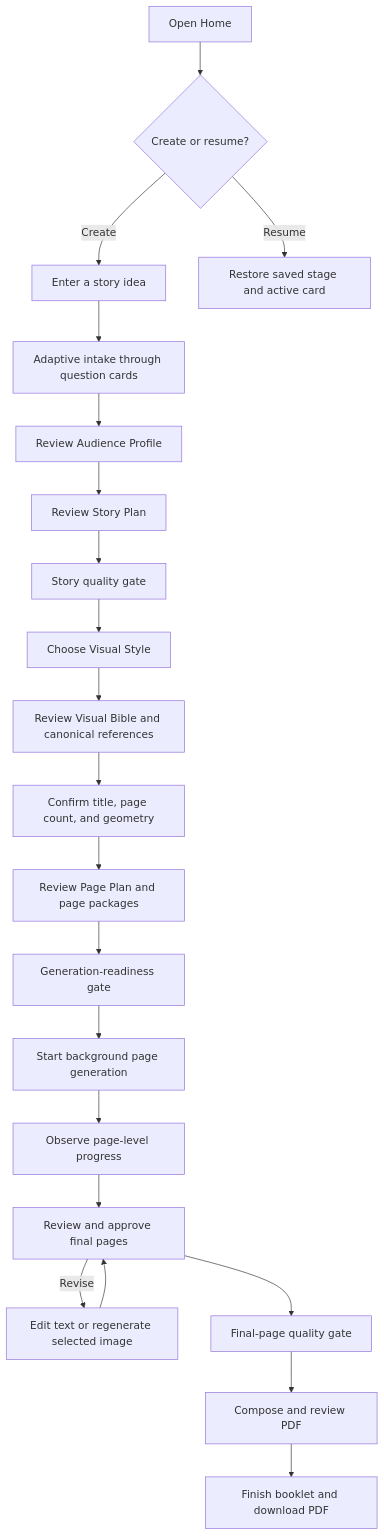
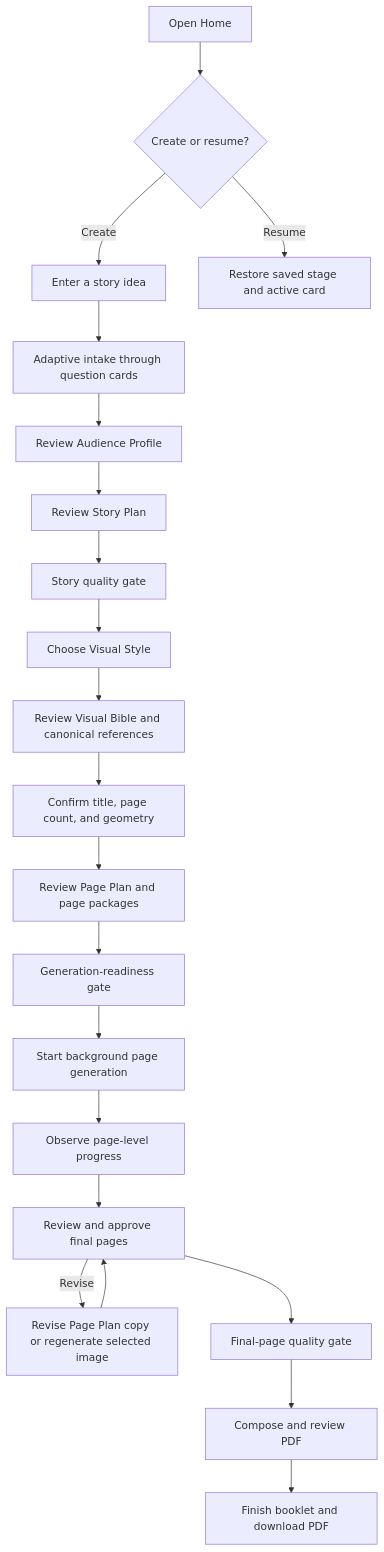
One commit to karpishe-experiments/agentic-poc changed the first of 3 diagrams in docs/accepted/2026-08-01_end-to-end-poc/kids-comic-poc-prd.md. Above: the diagram before and after it, drawn with Mermaid. The commit also changed other lines of this file and 34 other files, not shown here.

````diff
--- a/docs/accepted/2026-08-01_end-to-end-poc/kids-comic-poc-prd.md
+++ b/docs/accepted/2026-08-01_end-to-end-poc/kids-comic-poc-prd.md
@@ -118,23 +118,23 @@
 ```mermaid
 flowchart TD
     H[Open Home] --> C{Create or resume?}
     C -->|Create| I[Enter a story idea]
     C -->|Resume| R[Restore saved stage and active card]
     I --> Q[Adaptive intake through question cards]
     Q --> AP[Review Audience Profile]
     AP --> SP[Review Story Plan]
     SP --> SQ[Story quality gate]
     SQ --> VS[Choose Visual Style]
     VS --> VB[Review Visual Bible and canonical references]
     VB --> BS[Confirm title, page count, and geometry]
     BS --> PP[Review Page Plan and page packages]
     PP --> GQ[Generation-readiness gate]
     GQ --> G[Start background page generation]
     G --> PR[Observe page-level progress]
     PR --> FP[Review and approve final pages]
-    FP -->|Revise| ED[Edit text or regenerate selected image]
+    FP -->|Revise| ED[Revise Page Plan copy or regenerate selected image]
     ED --> FP
     FP --> FQ[Final-page quality gate]
     FQ --> PDF[Compose and review PDF]
     PDF --> F[Finish booklet and download PDF]
 ```
````
